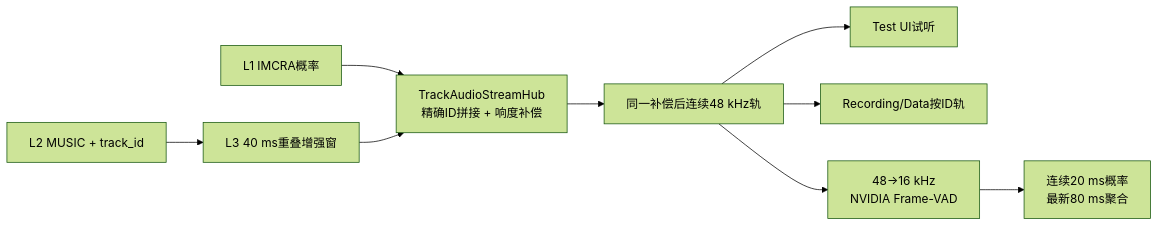
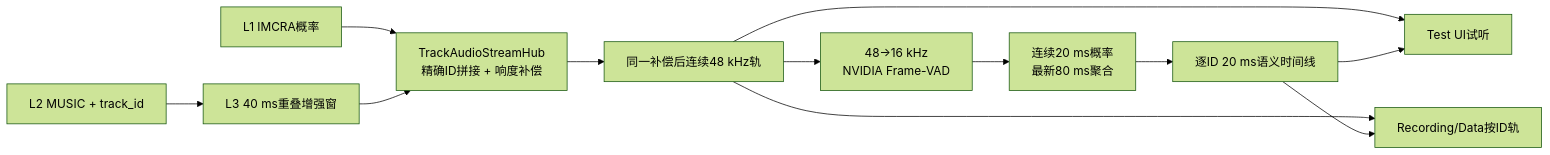
One commit to Dwan-123456/micarray-6plus1-voice-direction changed the diagram in ARCHITECTURE_V1.1_TARGET.md. Above: the diagram before and after it, drawn with Mermaid (forest theme). The commit also changed other lines of this file and 17 other files, not shown here.

````diff
--- a/ARCHITECTURE_V1.1_TARGET.md
+++ b/ARCHITECTURE_V1.1_TARGET.md
@@ -75,11 +76,14 @@
 ```mermaid
 flowchart LR
     L1["L1 IMCRA概率"] --> HUB["TrackAudioStreamHub<br/>精确ID拼接 + 响度补偿"]
     L2["L2 MUSIC + track_id"] --> L3["L3 40 ms重叠增强窗"]
     L3 --> HUB
     HUB --> TRACK["同一补偿后连续48 kHz轨"]
     TRACK --> UI["Test UI试听"]
     TRACK --> REC["Recording/Data按ID轨"]
     TRACK --> NV["48→16 kHz<br/>NVIDIA Frame-VAD"]
     NV --> L4["连续20 ms概率<br/>最新80 ms聚合"]
+    L4 --> SEM["逐ID 20 ms语义时间线"]
+    SEM --> UI
+    SEM --> REC
 ```
````
